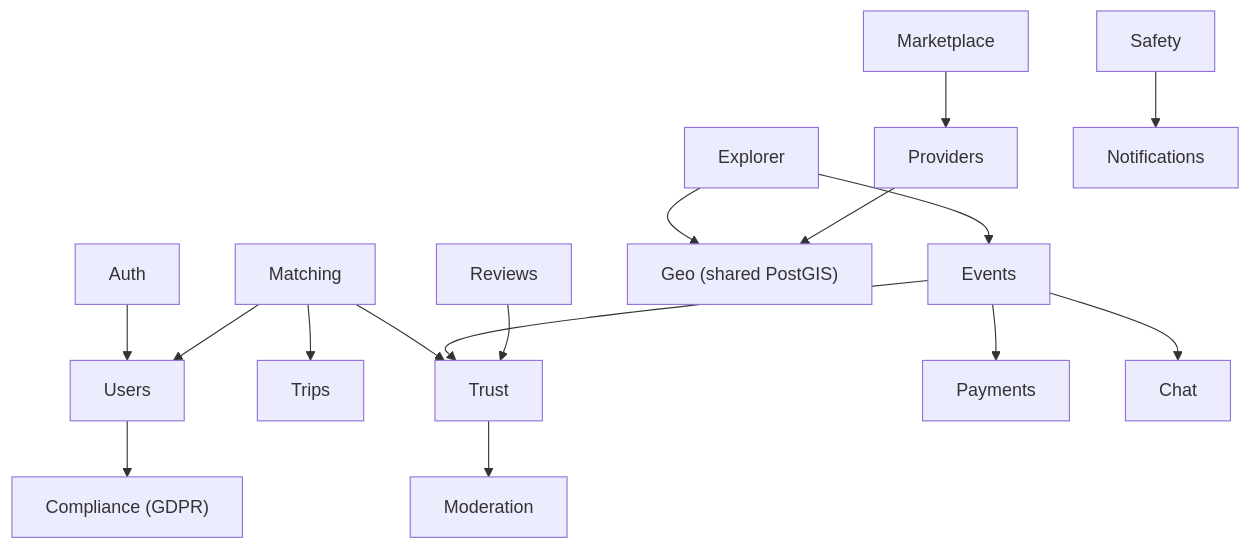
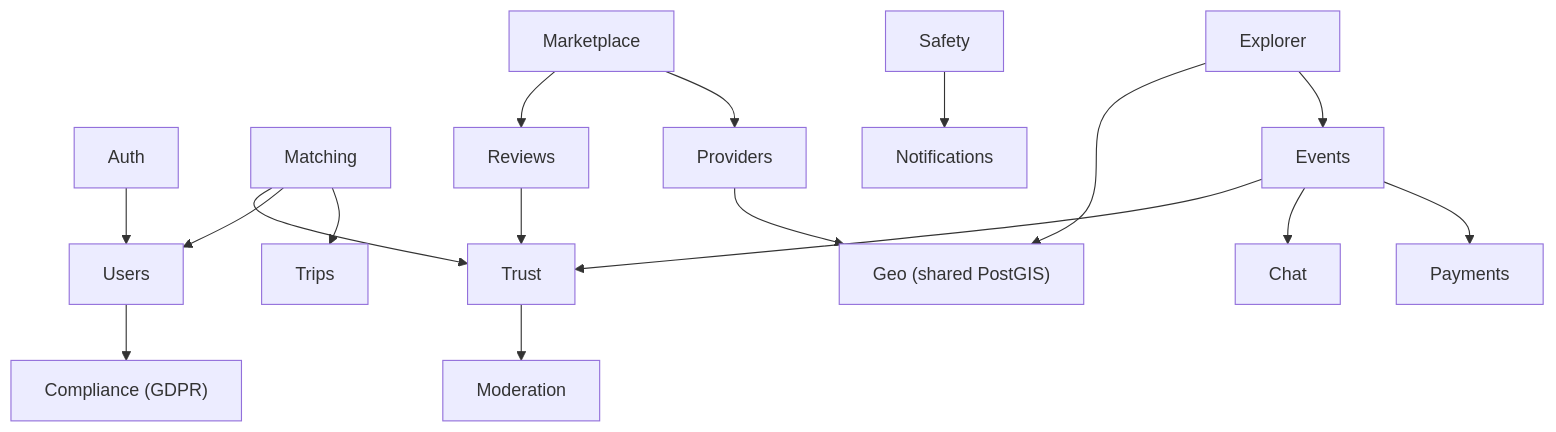
One commit to Alen60843/Travel-App changed the second of 4 diagrams in docs/superpowers/specs/2026-08-20-tripwith-phase-1-design.md. Above: the diagram before and after it, drawn with Mermaid. The commit also changed other lines of this file and 8 other files, not shown here.

````diff
--- a/docs/superpowers/specs/2026-08-20-tripwith-phase-1-design.md
+++ b/docs/superpowers/specs/2026-08-20-tripwith-phase-1-design.md
@@ -93,21 +87,22 @@
 ```mermaid
 flowchart TB
     Auth --> Users
     Matching --> Trips
     Matching --> Users
     Matching --> Trust
     Explorer --> Events
     Explorer --> Geo
     Events --> Payments
     Events --> Chat
     Events --> Trust
     Marketplace --> Providers
+    Marketplace --> Reviews
     Providers --> Geo
     Reviews --> Trust
     Trust --> Moderation
     Safety --> Notifications
     Users --> Compliance
 
     Geo["Geo (shared PostGIS)"]
     Compliance["Compliance (GDPR)"]
 ```
````
